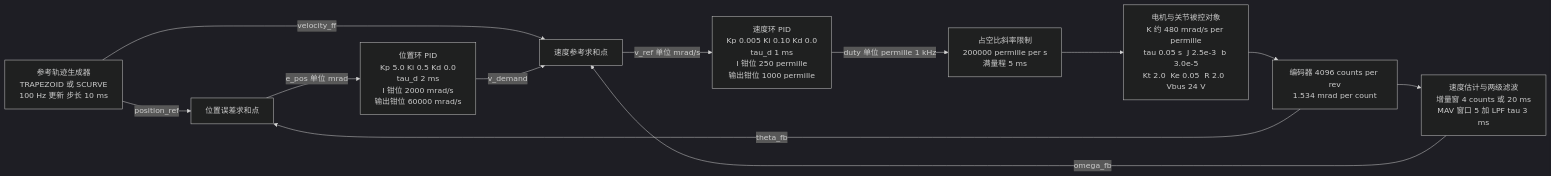
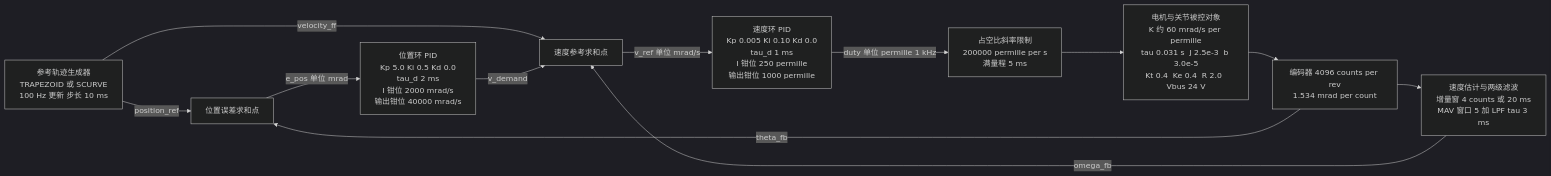
The first of 3 diagrams in docs/05_control_algorithm.md (zdxddmx/second-gen-tea-picking-robot), drawn with Mermaid (dark theme) before and after one commit. The commit also changed other lines of this file and 21 other files, not shown here.

````diff
--- a/docs/05_control_algorithm.md
+++ b/docs/05_control_algorithm.md
@@ -778,14 +808,14 @@
 ```mermaid
 flowchart LR
   TRAJ["参考轨迹生成器<br/>TRAPEZOID 或 SCURVE<br/>100 Hz 更新 步长 10 ms"] -->|"position_ref"| SUM1["位置误差求和点"]
   TRAJ -->|"velocity_ff"| SUM2["速度参考求和点"]
-  SUM1 -->|"e_pos 单位 mrad"| PPID["位置环 PID<br/>Kp 5.0 Ki 0.5 Kd 0.0<br/>tau_d 2 ms<br/>I 钳位 2000 mrad/s<br/>输出钳位 60000 mrad/s"]
+  SUM1 -->|"e_pos 单位 mrad"| PPID["位置环 PID<br/>Kp 5.0 Ki 0.5 Kd 0.0<br/>tau_d 2 ms<br/>I 钳位 2000 mrad/s<br/>输出钳位 40000 mrad/s"]
   PPID -->|"v_demand"| SUM2
   SUM2 -->|"v_ref 单位 mrad/s"| VPID["速度环 PID<br/>Kp 0.005 Ki 0.10 Kd 0.0<br/>tau_d 1 ms<br/>I 钳位 250 permille<br/>输出钳位 1000 permille"]
   VPID -->|"duty 单位 permille 1 kHz"| SLEW["占空比斜率限制<br/>200000 permille per s<br/>满量程 5 ms"]
-  SLEW --> MOT["电机与关节被控对象<br/>K 约 480 mrad/s per permille<br/>tau 0.05 s  J 2.5e-3  b 3.0e-5<br/>Kt 2.0  Ke 0.05  R 2.0  Vbus 24 V"]
+  SLEW --> MOT["电机与关节被控对象<br/>K 约 60 mrad/s per permille<br/>tau 0.031 s  J 2.5e-3  b 3.0e-5<br/>Kt 0.4  Ke 0.4  R 2.0  Vbus 24 V"]
   MOT --> ENC["编码器 4096 counts per rev<br/>1.534 mrad per count"]
   ENC -->|"theta_fb"| SUM1
   ENC --> EST["速度估计与两级滤波<br/>增量窗 4 counts 或 20 ms<br/>MAV 窗口 5 加 LPF tau 3 ms"]
   EST -->|"omega_fb"| SUM2
 ```
````
